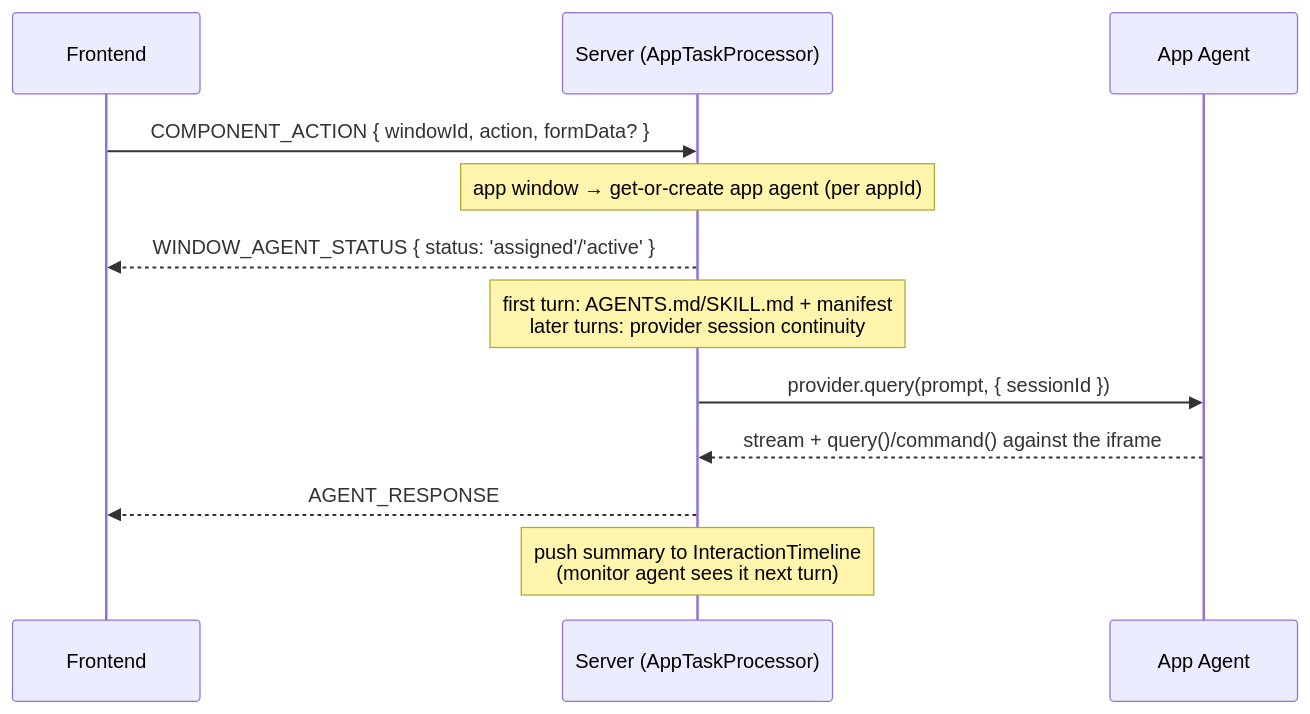
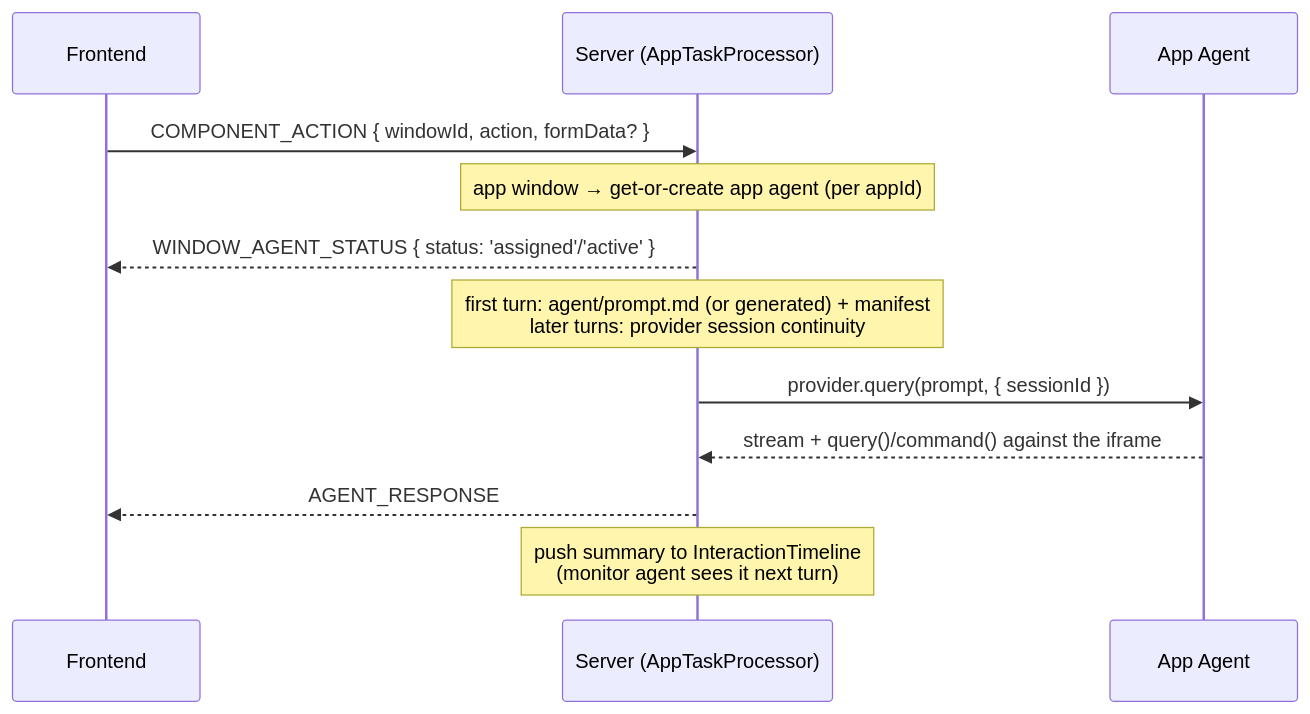
One commit to sorryhyun/yaar changed the fourth of 7 diagrams in docs/architecture/common_flow.md. Above: the diagram before and after it, drawn with Mermaid. The commit also changed other lines of this file and 61 other files, not shown here.

First line of the commit message:
apps: give the agent docs a directory, and stop appending a second prompt

````diff
--- a/docs/architecture/common_flow.md
+++ b/docs/architecture/common_flow.md
@@ -164,15 +164,15 @@
 ```mermaid
 sequenceDiagram
     participant FE as Frontend
     participant S as Server (AppTaskProcessor)
     participant AI as App Agent
 
     FE->>S: COMPONENT_ACTION { windowId, action, formData? }
     Note over S: app window → get-or-create app agent (per appId)
     S-->>FE: WINDOW_AGENT_STATUS { status: 'assigned'/'active' }
-    Note over S: first turn: AGENTS.md/SKILL.md + manifest<br/>later turns: provider session continuity
+    Note over S: first turn: agent/prompt.md (or generated) + manifest<br/>later turns: provider session continuity
     S->>AI: provider.query(prompt, { sessionId })
     AI-->>S: stream + query()/command() against the iframe
     S-->>FE: AGENT_RESPONSE
     Note over S: push summary to InteractionTimeline<br/>(monitor agent sees it next turn)
 ```
````
